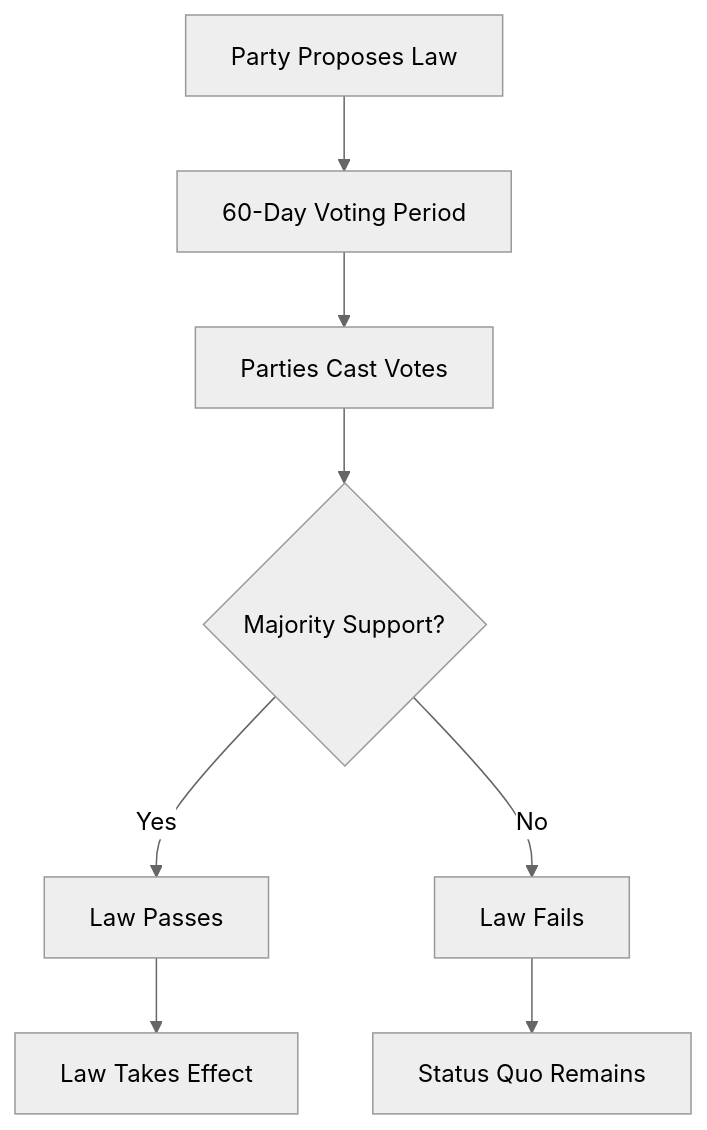
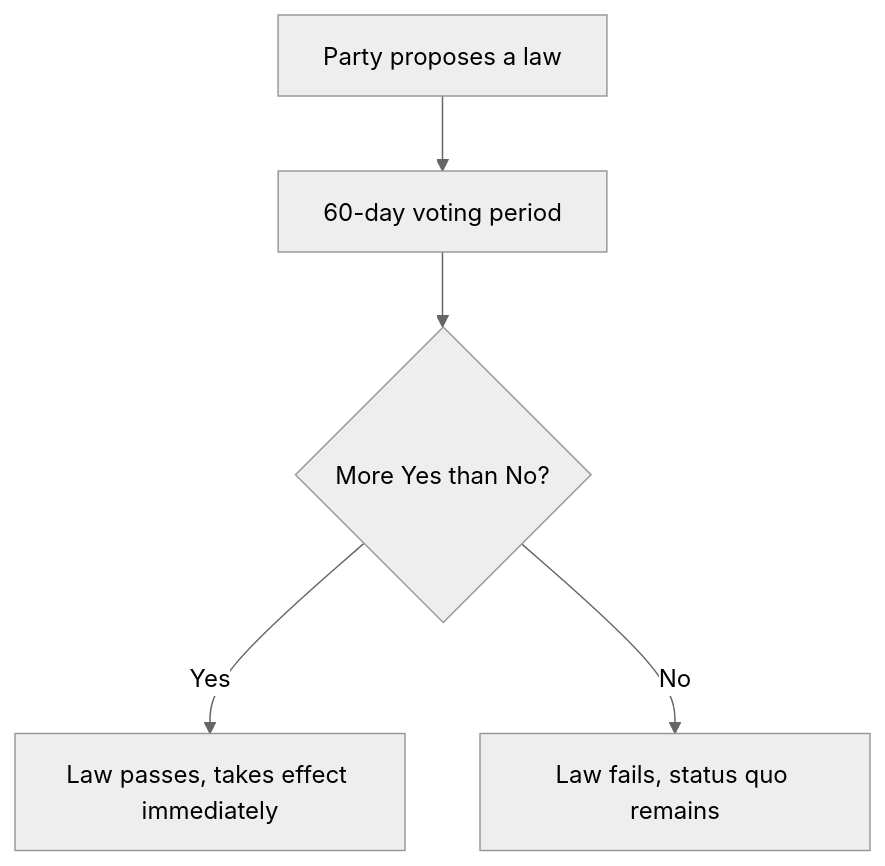
One commit to hankhank10/lawmaker-wiki changed the diagram in docs/gameplay/legislation.md. Above: the diagram before and after it, drawn with Mermaid (neutral theme). The commit also changed other lines of this file and 21 other files, not shown here.

````diff
--- a/docs/gameplay/legislation.md
+++ b/docs/gameplay/legislation.md
@@ -7,10 +7,7 @@
 ```mermaid
 graph TD
-    A[Party Proposes Law] --> B[60-Day Voting Period]
-    B --> C[Parties Cast Votes]
-    C --> D{Majority Support?}
-    D -->|Yes| E[Law Passes]
-    D -->|No| F[Law Fails]
-    E --> G[Law Takes Effect]
-    F --> H[Status Quo Remains]
+    A[Party proposes a law] --> B[60-day voting period]
+    B --> C{More Yes than No?}
+    C -->|Yes| D[Law passes, takes effect immediately]
+    C -->|No| E[Law fails, status quo remains]
 ```
````
